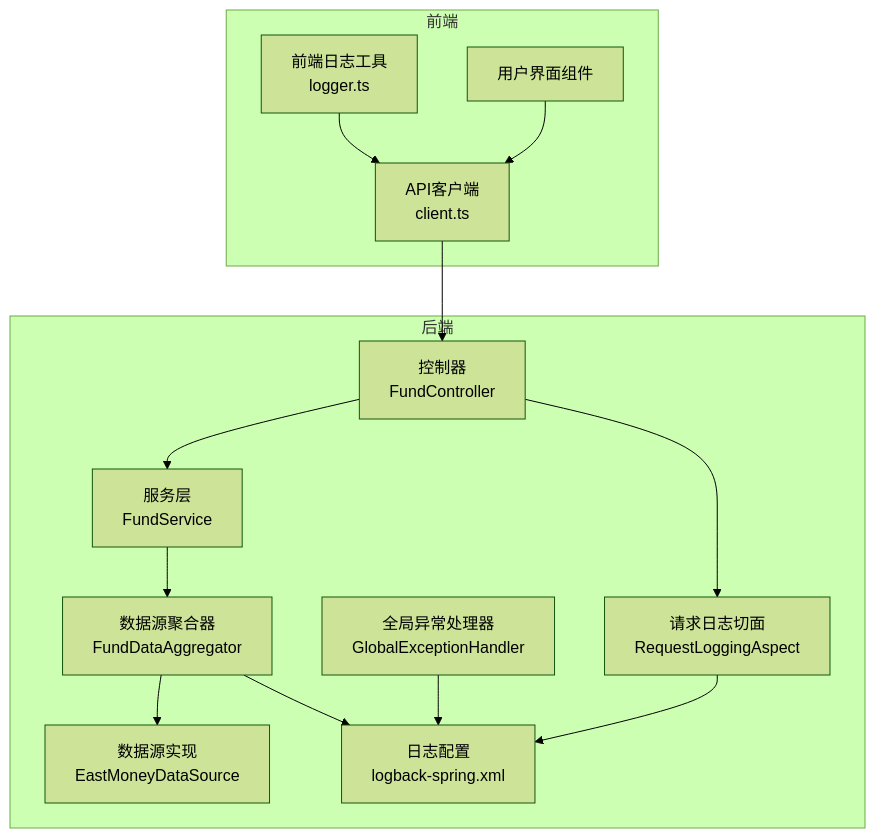
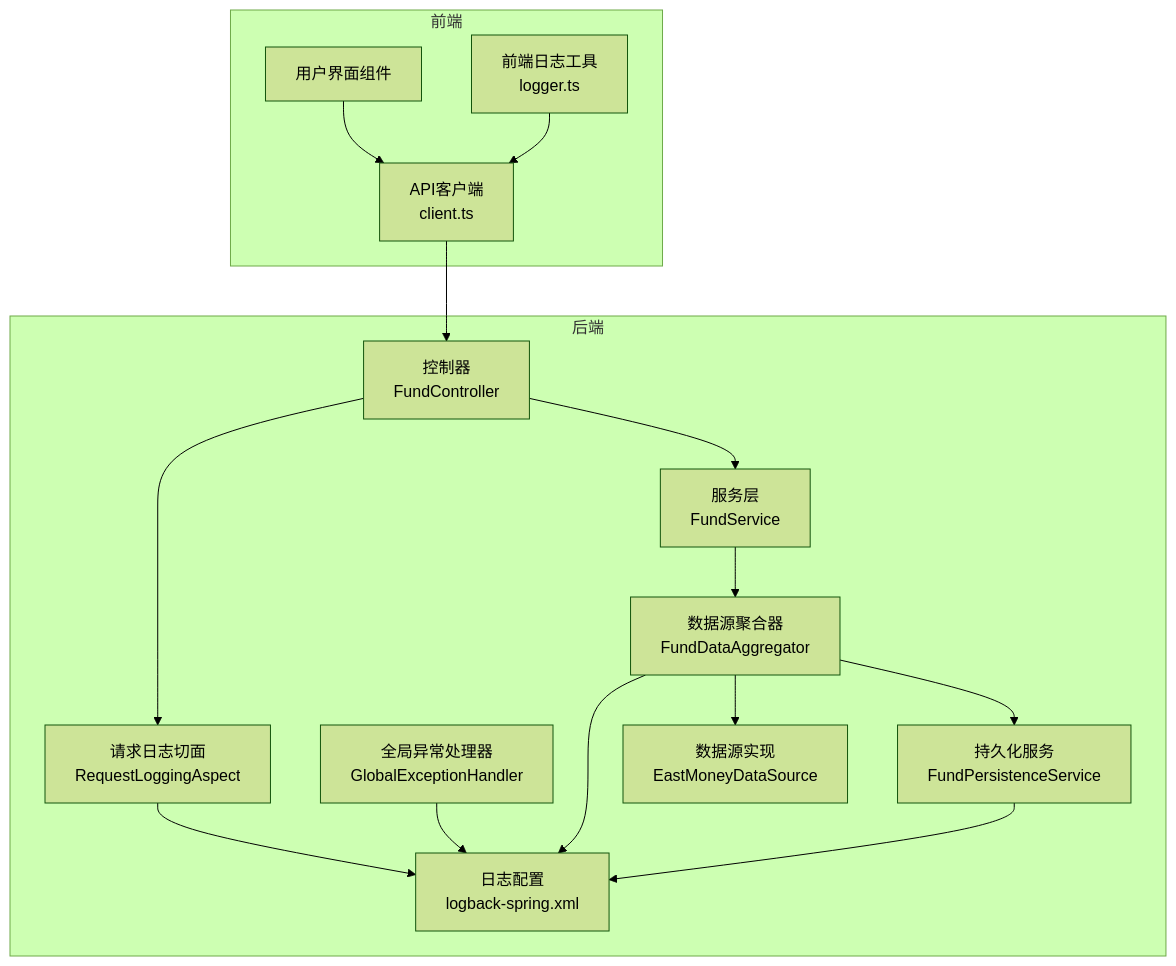
The first of 11 diagrams in .qoder/repowiki/zh/content/核心功能开发/日志系统实现.md (gree-coder/fund-butler), drawn with Mermaid (forest theme) before and after one commit. The commit also changed other lines of this file and 7 other files, not shown here.

````diff
--- a/.qoder/repowiki/zh/content/核心功能开发/日志系统实现.md
+++ b/.qoder/repowiki/zh/content/核心功能开发/日志系统实现.md
@@ -37,27 +47,30 @@
 ```mermaid
 graph TB
 subgraph "前端"
 FE_API["API客户端<br/>client.ts"]
 FE_LOGGER["前端日志工具<br/>logger.ts"]
 FE_UI["用户界面组件"]
 end
 subgraph "后端"
 CTRL["控制器<br/>FundController"]
 AOP["请求日志切面<br/>RequestLoggingAspect"]
 EX["全局异常处理器<br/>GlobalExceptionHandler"]
 SVC["服务层<br/>FundService"]
 DS["数据源聚合器<br/>FundDataAggregator"]
+PERSIST["持久化服务<br/>FundPersistenceService"]
 SRC["数据源实现<br/>EastMoneyDataSource"]
 LOG["日志配置<br/>logback-spring.xml"]
 end
 FE_UI --> FE_API
 FE_API --> CTRL
 CTRL --> AOP
 CTRL --> SVC
 SVC --> DS
+DS --> PERSIST
 DS --> SRC
 AOP --> LOG
 EX --> LOG
 DS --> LOG
+PERSIST --> LOG
 FE_LOGGER --> FE_API
 ```
````
